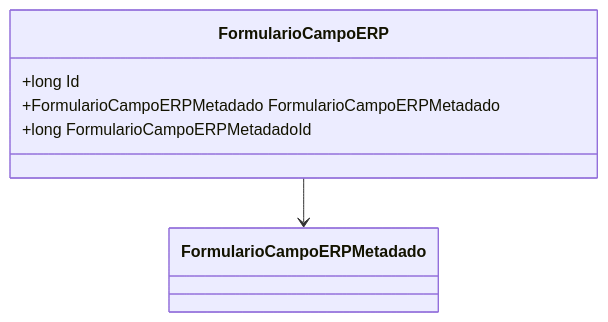
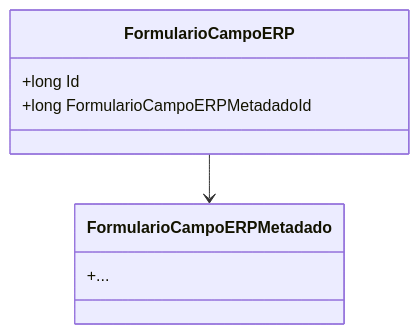
The diagram in docs/b2b-dominio/IsthmusWinthor.Nucleo/IsthmusWinthor.Dominio/Entidades/FormularioCampoERP.md (IsthmusSistemas/documentacao-tecnica), drawn with Mermaid before and after one commit. The commit also changed other lines of this file and 882 other files, not shown here.

````diff
--- a/docs/b2b-dominio/IsthmusWinthor.Nucleo/IsthmusWinthor.Dominio/Entidades/FormularioCampoERP.md
+++ b/docs/b2b-dominio/IsthmusWinthor.Nucleo/IsthmusWinthor.Dominio/Entidades/FormularioCampoERP.md
@@ -17,10 +18,11 @@
 ```mermaid
 classDiagram
     class FormularioCampoERP {
         +long Id
-        +FormularioCampoERPMetadado FormularioCampoERPMetadado
         +long FormularioCampoERPMetadadoId
     }
-    
+    class FormularioCampoERPMetadado {
+        +...
+    }
     FormularioCampoERP --> FormularioCampoERPMetadado
 ```
````
